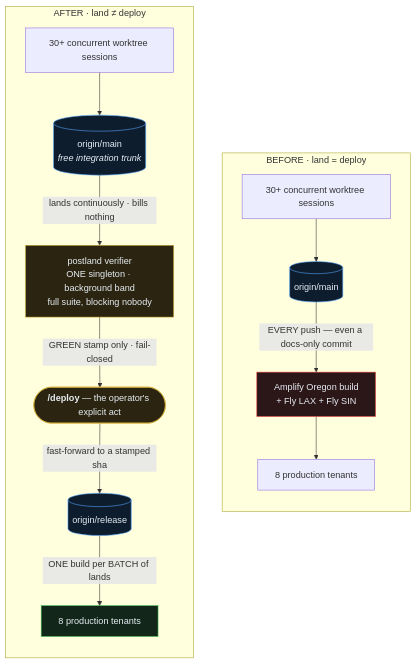
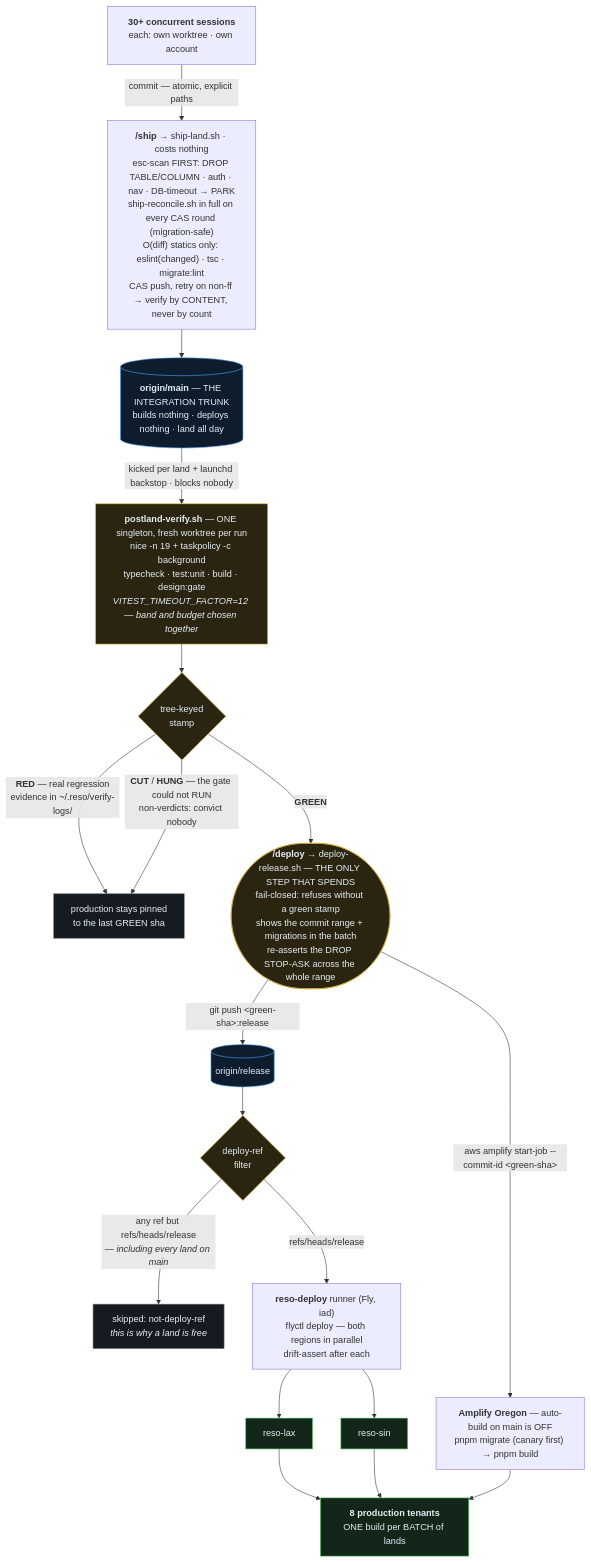
The third of 6 diagrams in README.md (renchris/claude-infrastructure), drawn with Mermaid before and after one commit. The commit also changed other lines of this file and 7 other files, not shown here.

````diff
--- a/README.md
+++ b/README.md
@@ -191,25 +191,28 @@
 ```mermaid
 flowchart TB
-    subgraph before["BEFORE · land = deploy"]
-        direction TB
-        BS["30+ concurrent worktree sessions"] --> BM[("origin/main")]
-        BM -->|"EVERY push — even a docs-only commit"| BP["Amplify Oregon build<br/>+ Fly LAX + Fly SIN"]
-        BP --> BT["8 production tenants"]
-    end
-    subgraph after["AFTER · land ≠ deploy"]
-        direction TB
-        AS["30+ concurrent worktree sessions"] --> AM[("origin/main<br/><i>free integration trunk</i>")]
-        AM -->|"lands continuously · bills nothing"| AV["postland verifier<br/>ONE singleton · background band<br/>full suite, blocking nobody"]
-        AV -->|"GREEN stamp only · fail-closed"| AD(["<b>/deploy</b> — the operator's explicit act"])
-        AD -->|"fast-forward to a stamped sha"| AR[("origin/release")]
-        AR -->|"ONE build per BATCH of lands"| AT["8 production tenants"]
-    end
+    S["<b>30+ concurrent sessions</b><br/>each: own worktree · own account"] -->|"commit — atomic, explicit paths"| L["<b>/ship</b> → ship-land.sh · costs nothing<br/>esc-scan FIRST: DROP TABLE/COLUMN · auth · nav · DB-timeout → PARK<br/>ship-reconcile.sh in full on every CAS round (migration-safe)<br/>O(diff) statics only: eslint(changed) · tsc · migrate:lint<br/>CAS push, retry on non-ff → verify by CONTENT, never by count"]
+    L --> M[("<b>origin/main</b> — THE INTEGRATION TRUNK<br/>builds nothing · deploys nothing · land all day")]
+    M -->|"kicked per land + launchd backstop · blocks nobody"| V["<b>postland-verify.sh</b> — ONE singleton, fresh worktree per run<br/>nice -n 19 + taskpolicy -c background<br/>typecheck · test:unit · build · design:gate<br/><i>VITEST_TIMEOUT_FACTOR=12 — band and budget chosen together</i>"]
+    V --> ST{"tree-keyed<br/>stamp"}
+    ST -->|"<b>RED</b> — real regression<br/>evidence in ~/.reso/verify-logs/"| P["production stays pinned<br/>to the last GREEN sha"]
+    ST -->|"<b>CUT</b> / <b>HUNG</b> — the gate could not RUN<br/>non-verdicts: convict nobody"| P
+    ST -->|"<b>GREEN</b>"| D(["<b>/deploy</b> → deploy-release.sh — THE ONLY STEP THAT SPENDS<br/>fail-closed: refuses without a green stamp<br/>shows the commit range + migrations in the batch<br/>re-asserts the DROP STOP-ASK across the whole range"])
+    D -->|"git push &lt;green-sha&gt;:release"| R[("origin/release")]
+    D -->|"aws amplify start-job --commit-id &lt;green-sha&gt;"| AO["<b>Amplify Oregon</b> — auto-build on main is OFF<br/>pnpm migrate (canary first) → pnpm build"]
+    R --> W{"deploy-ref<br/>filter"}
+    W -->|"any ref but refs/heads/release<br/><i>— including every land on main</i>"| SK["skipped: not-deploy-ref<br/><i>this is why a land is free</i>"]
+    W -->|"refs/heads/release"| PF["<b>reso-deploy</b> runner (Fly, iad)<br/>flyctl deploy — both regions in parallel<br/>drift-assert after each"]
+    PF --> LAX["reso-lax"]
+    PF --> SIN["reso-sin"]
+    LAX --> T["<b>8 production tenants</b><br/>ONE build per BATCH of lands"]
+    SIN --> T
+    AO --> T
     classDef trunk fill:#0d1d2e,stroke:#58a6ff,color:#e6edf3
-    classDef cost fill:#2b1618,stroke:#f85149,color:#e6edf3
     classDef gate fill:#2b2410,stroke:#d4af37,color:#e6edf3
     classDef safe fill:#12261a,stroke:#3fb950,color:#e6edf3
-    class BM,AM,AR trunk
-    class BP cost
-    class AV,AD gate
-    class AT safe
+    classDef hold fill:#161b22,stroke:#6e7681,color:#e6edf3
+    class M,R trunk
+    class V,ST,D,W gate
+    class T,LAX,SIN safe
+    class P,SK hold
 ```
````
